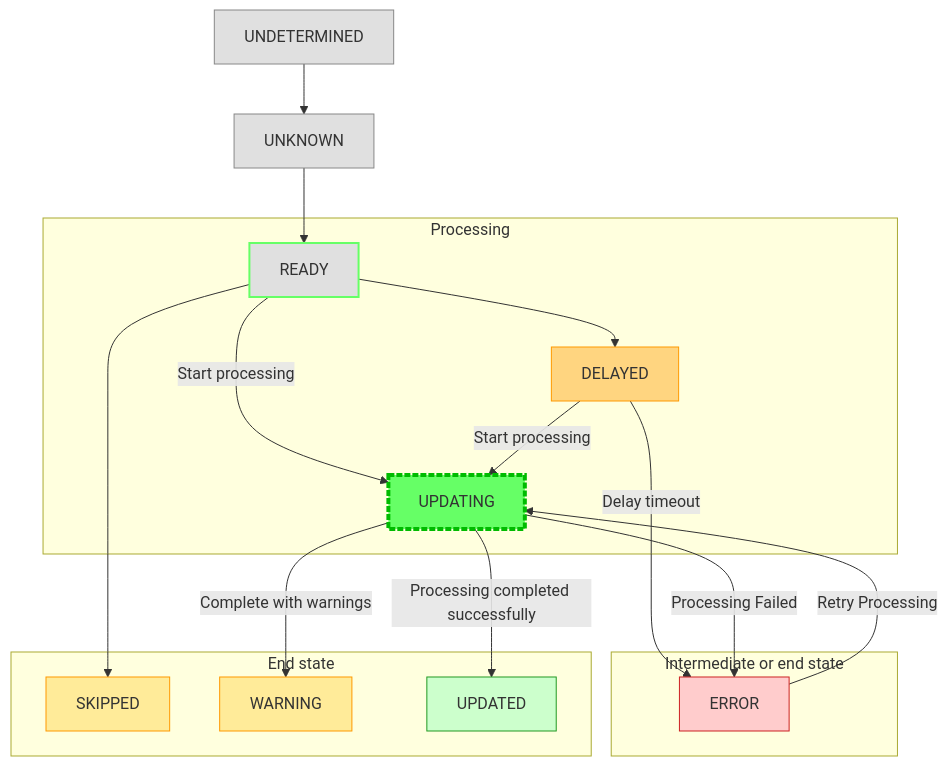
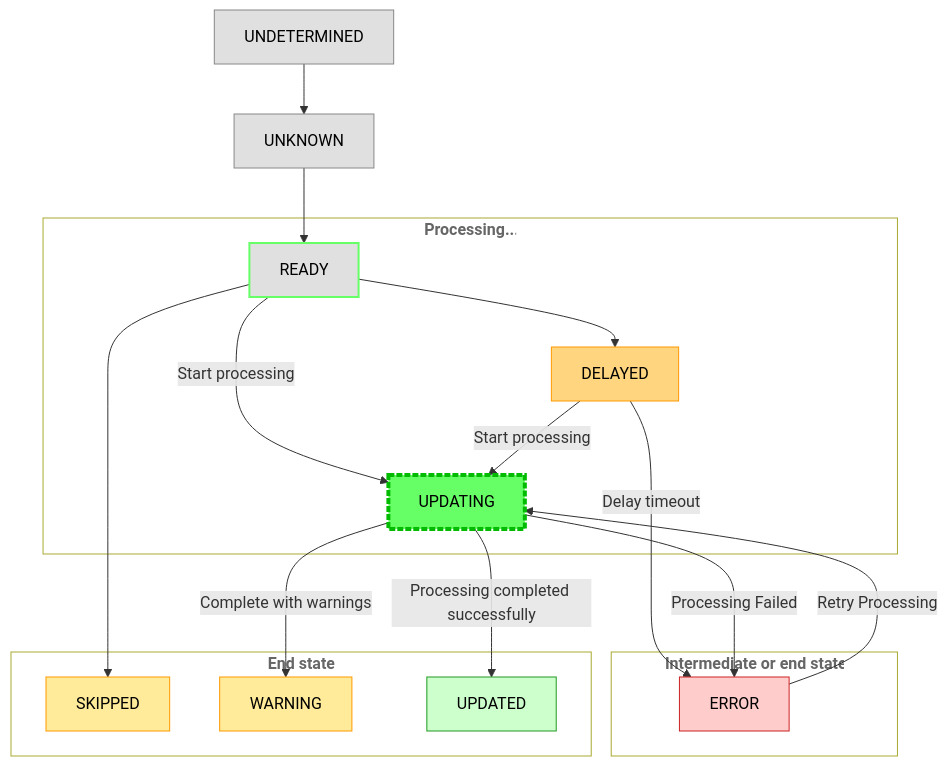
One commit to schalkje/flowdash changed the first of 2 diagrams in dashboard/documentation/state.md. Above: the diagram before and after it, drawn with Mermaid. The commit also changed other lines of this file, not shown here.

Commit message:
feat: Update flowchart styling and improve subgraph labels for clarity

````diff
--- a/dashboard/documentation/state.md
+++ b/dashboard/documentation/state.md
@@ -24,35 +24,38 @@
 ```mermaid
 flowchart TD
     A[UNDETERMINED] --> B[UNKNOWN]
 
     B --> C[READY]
-    subgraph Processing
+    subgraph Processing[Processing...]
     C -- Start processing --> D[UPDATING]
     C --> J[DELAYED]
     end
 
     J -- Start processing --> D
     J -- Delay timeout --> H
 
-    subgraph Intermediate or end state
+    subgraph s2[Intermediate or end state]
     D -- Processing Failed --> H[ERROR]
     H -- Retry Processing --> D
     end
 
-    subgraph End state
+    subgraph s3[End state]
     C --> E[SKIPPED]
     D -- Complete with warnings --> I[WARNING]
     D -- Processing completed successfully --> G[UPDATED]
     end
 
     %% Coloring and styling
-    style A fill:#e0e0e0,stroke:#888
-    style B fill:#e0e0e0,stroke:#888
-    style C fill:#e0e0e0,stroke:#66ff66,stroke-width:2px
-    style D fill:#66ff66,stroke:#0b0,stroke-width:4px,stroke-dasharray: 6 2
-    style J fill:#ffd580,stroke:#ff9900
-    style H fill:#ffcccc,stroke:#c22
-    style G fill:#ccffcc,stroke:#292
-    style I fill:#ffeb99,stroke:#f90
-    style E fill:#ffeb99,stroke:#f90
+    style A fill:#e0e0e0,stroke:#888,color:#000000
+    style B fill:#e0e0e0,stroke:#888,color:#000000
+    style C fill:#e0e0e0,stroke:#66ff66,stroke-width:2px,color:#000000
+    style D fill:#66ff66,stroke:#0b0,stroke-width:4px,stroke-dasharray: 6 2,color:#000000
+    style J fill:#ffd580,stroke:#ff9900,color:#000000
+    style H fill:#ffcccc,stroke:#c22,color:#000000
+    style G fill:#ccffcc,stroke:#292,color:#000000
+    style I fill:#ffeb99,stroke:#f90,color:#000000
+    style E fill:#ffeb99,stroke:#f90,color:#000000
+    style Processing fill:white,color:#666,font-weight:bold
+    style s2 fill:white,color:#666,font-weight:bold
+    style s3 fill:white,color:#666,font-weight:bold
 ```
````
